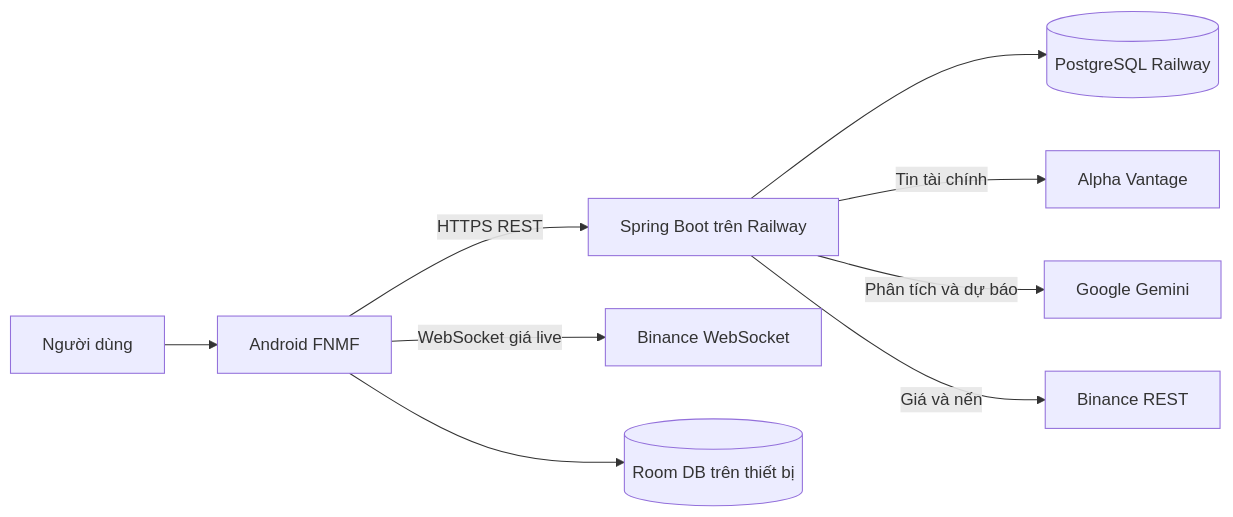
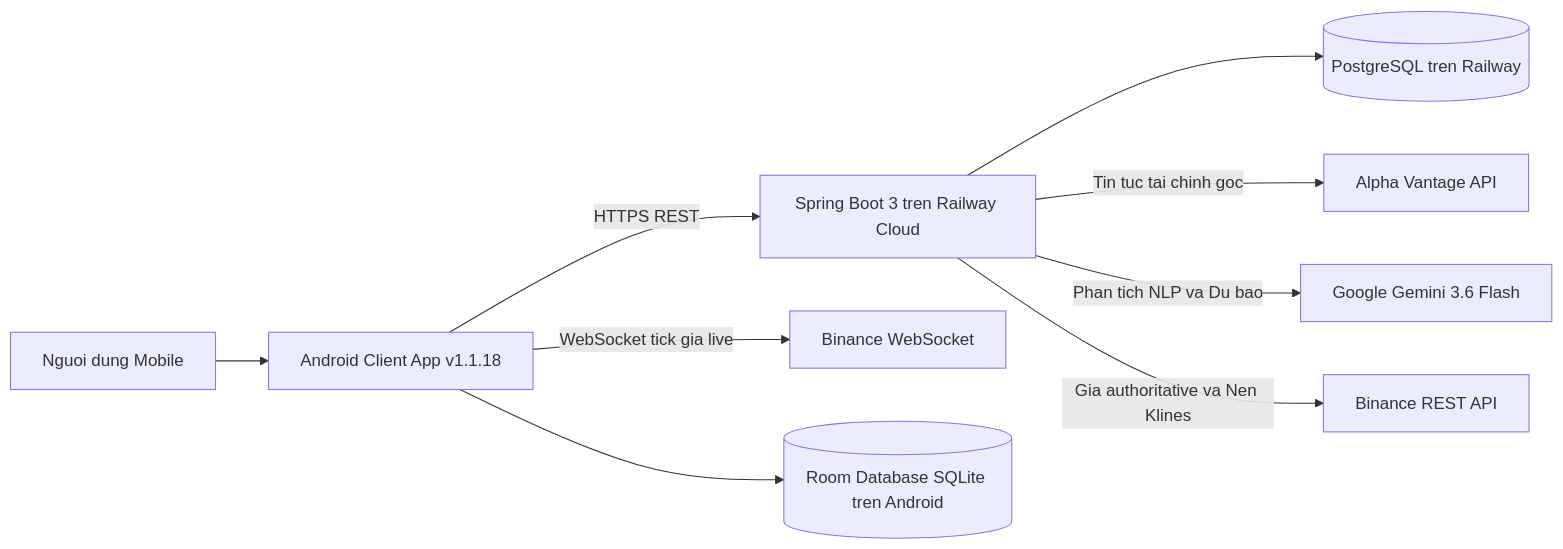
Before and after one commit to megatron69-26/fnmf-backend: the first of 2 diagrams in docs/codebase-walkthrough/README.md, drawn with Mermaid. The commit also changed other lines of this file and 20 other files, not shown here.

````diff
--- a/docs/codebase-walkthrough/README.md
+++ b/docs/codebase-walkthrough/README.md
@@ -20,11 +19,11 @@
 ```mermaid
 flowchart LR
-    U[Người dùng] --> A[Android FNMF]
-    A -->|HTTPS REST| B[Spring Boot trên Railway]
-    A -->|WebSocket giá live| BNWS[Binance WebSocket]
-    B --> PG[(PostgreSQL Railway)]
-    B -->|Tin tài chính| AV[Alpha Vantage]
-    B -->|Phân tích và dự báo| G[Google Gemini]
-    B -->|Giá và nến| BN[Binance REST]
-    A --> ROOM[(Room DB trên thiết bị)]
+    U[Nguoi dung Mobile] --> A[Android Client App v1.1.18]
+    A -->|HTTPS REST| B[Spring Boot 3 tren Railway Cloud]
+    A -->|WebSocket tick gia live| BNWS[Binance WebSocket]
+    B --> PG[(PostgreSQL tren Railway)]
+    B -->|Tin tuc tai chinh goc| AV[Alpha Vantage API]
+    B -->|Phan tich NLP va Du bao| G[Google Gemini 3.6 Flash]
+    B -->|Gia authoritative va Nen Klines| BN[Binance REST API]
+    A --> ROOM[(Room Database SQLite tren Android)]
 ```
````
